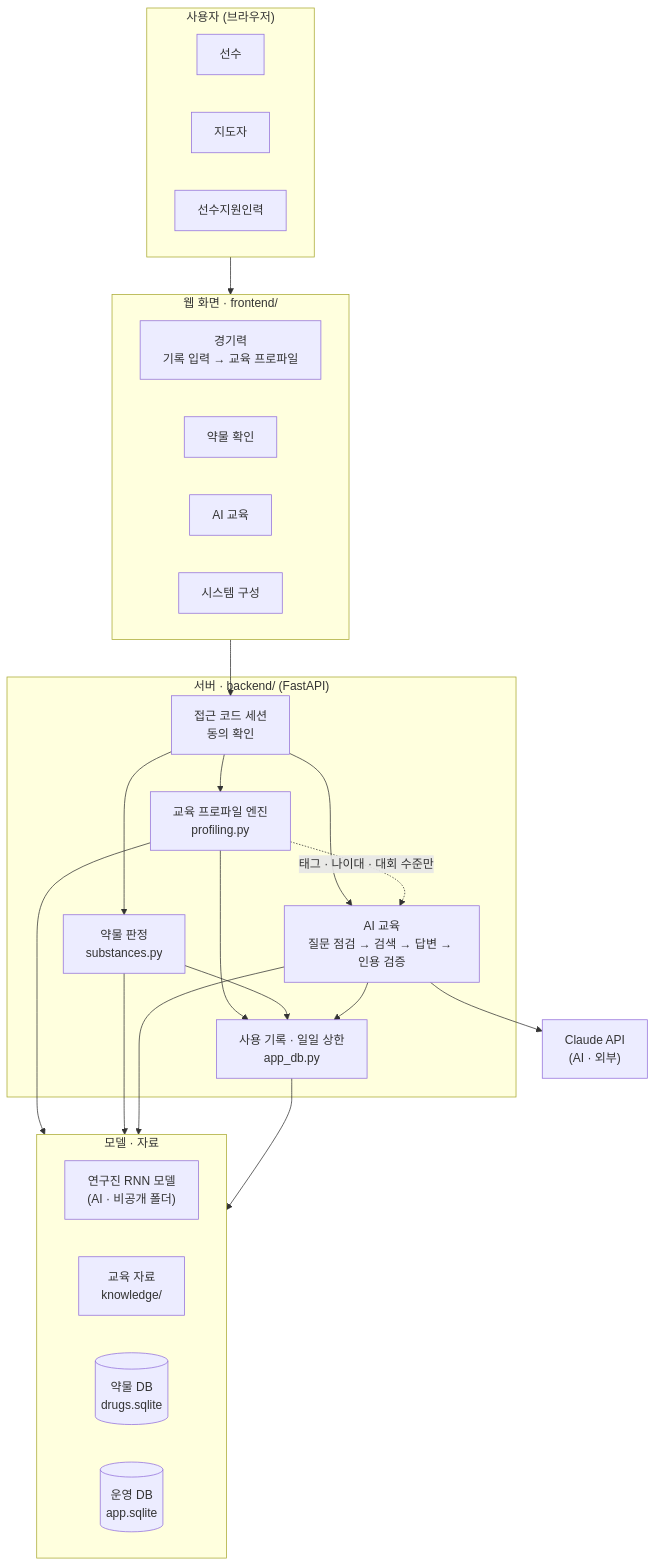
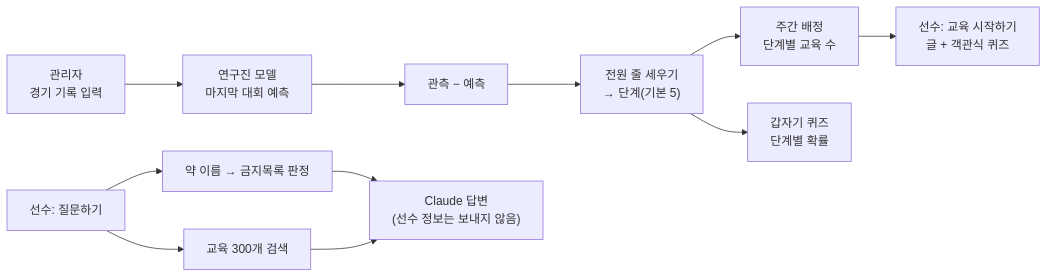
Before and after one commit to bell-ha/ai-antidoping-edu: the diagram in README.md, drawn with Mermaid. The commit also changed other lines of this file and 33 other files, not shown here.

First line of the commit message:
선수·관리자 화면, 데모 코드 로그인, 질문하기 개선과 토큰 절약

````diff
--- a/README.md
+++ b/README.md
@@ -25,44 +9,12 @@
 ```mermaid
-flowchart TB
-    subgraph U["사용자 (브라우저)"]
-        direction LR
-        A1["선수"]
-        A2["지도자"]
-        A3["선수지원인력"]
-    end
-
-    subgraph W["웹 화면 · frontend/"]
-        direction LR
-        P1["경기력<br/>기록 입력 → 교육 프로파일"]
-        P2["약물 확인"]
-        P3["AI 교육"]
-        P4["시스템 구성"]
-    end
-
-    subgraph S["서버 · backend/ (FastAPI)"]
-        SE["접근 코드 세션<br/>동의 확인"]
-        E1["교육 프로파일 엔진<br/>profiling.py"]
-        E2["약물 판정<br/>substances.py"]
-        E3["AI 교육<br/>질문 점검 → 검색 → 답변 → 인용 검증"]
-        LOG["사용 기록 · 일일 상한<br/>app_db.py"]
-    end
-
-    subgraph D["모델 · 자료"]
-        direction LR
-        M["연구진 RNN 모델<br/>(AI · 비공개 폴더)"]
-        K["교육 자료<br/>knowledge/"]
-        DB[("약물 DB<br/>drugs.sqlite")]
-        ADB[("운영 DB<br/>app.sqlite")]
-    end
-
-    C["Claude API<br/>(AI · 외부)"]
-
-    U --> W --> SE
-    SE --> E1 & E2 & E3
-    E1 --> M
-    E2 --> DB
-    E3 --> K
-    E3 --> C
-    E1 & E2 & E3 --> LOG --> ADB
-    E1 -. "태그 · 나이대 · 대회 수준만" .-> E3
+flowchart LR
+    A["관리자<br/>경기 기록 입력"] --> M["연구진 모델<br/>마지막 대회 예측"]
+    M --> R["관측 − 예측"]
+    R --> T["전원 줄 세우기<br/>→ 단계(기본 5)"]
+    T --> W["주간 배정<br/>단계별 교육 수"]
+    W --> L["선수: 교육 시작하기<br/>글 + 객관식 퀴즈"]
+    T --> Q["갑자기 퀴즈<br/>단계별 확률"]
+    S["선수: 질문하기"] --> D["약 이름 → 금지목록 판정"]
+    S --> E["교육 300개 검색"]
+    D & E --> C["Claude 답변<br/>(선수 정보는 보내지 않음)"]
 ```
````
